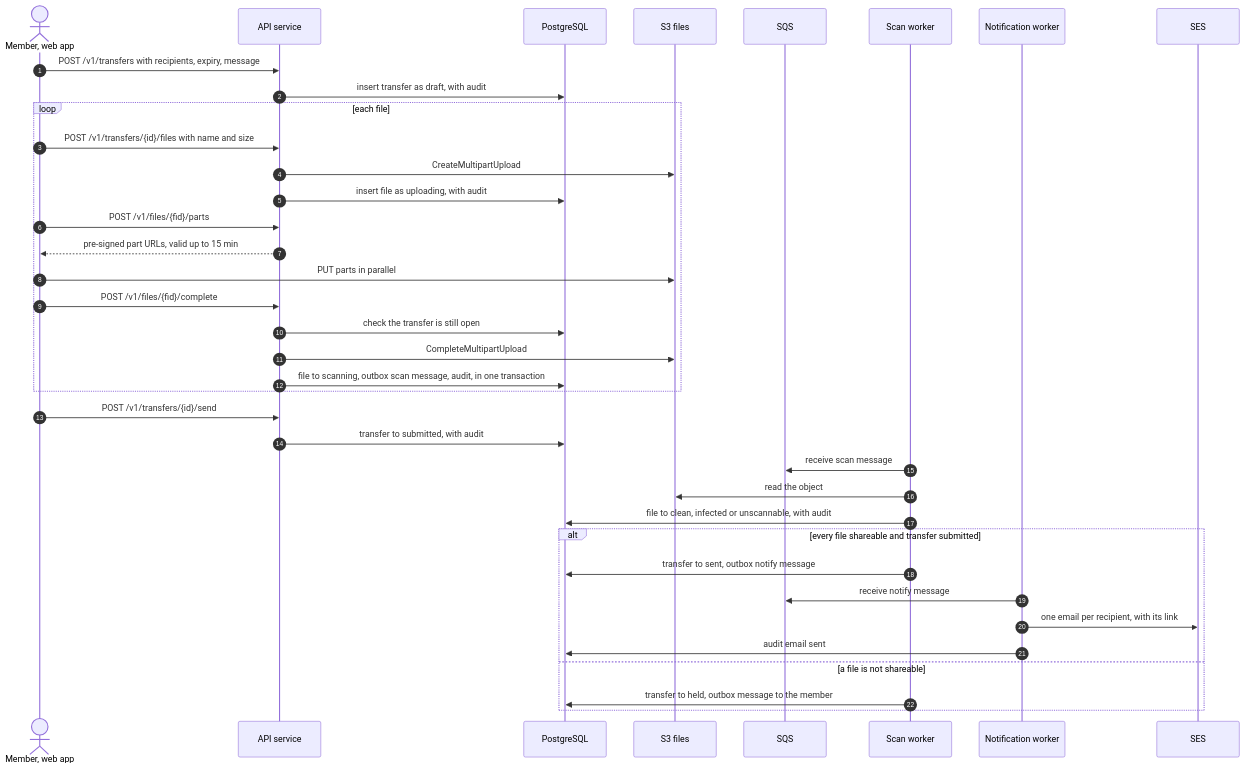
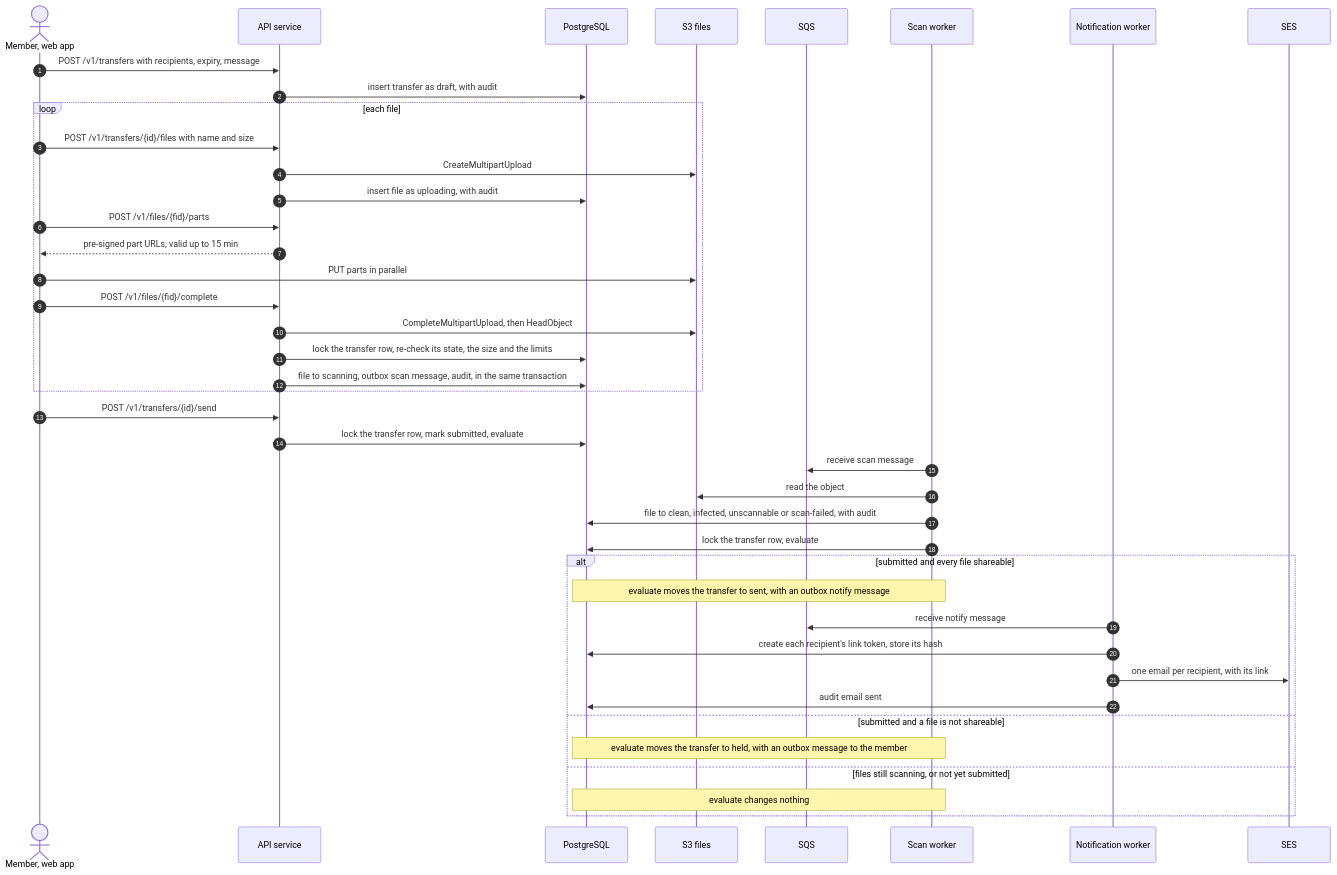
Before and after one commit to codewithmuh/secure-file-transfer: the fourth of 8 diagrams in docs/architecture.md, drawn with Mermaid. The commit also changed other lines of this file, not shown here.

First line of the commit message:
docs: address code review on the architecture (#12)

````diff
--- a/docs/architecture.md
+++ b/docs/architecture.md
@@ -165,39 +175,43 @@
 ```mermaid
 sequenceDiagram
     autonumber
     actor M as Member, web app
     participant API as API service
     participant DB as PostgreSQL
     participant S3 as S3 files
     participant Q as SQS
     participant SW as Scan worker
     participant NW as Notification worker
     participant E as SES
     M->>API: POST /v1/transfers with recipients, expiry, message
     API->>DB: insert transfer as draft, with audit
     loop each file
         M->>API: POST /v1/transfers/{id}/files with name and size
         API->>S3: CreateMultipartUpload
         API->>DB: insert file as uploading, with audit
         M->>API: POST /v1/files/{fid}/parts
         API-->>M: pre-signed part URLs, valid up to 15 min
         M->>S3: PUT parts in parallel
         M->>API: POST /v1/files/{fid}/complete
-        API->>DB: check the transfer is still open
-        API->>S3: CompleteMultipartUpload
-        API->>DB: file to scanning, outbox scan message, audit, in one transaction
+        API->>S3: CompleteMultipartUpload, then HeadObject
+        API->>DB: lock the transfer row, re-check its state, the size and the limits
+        API->>DB: file to scanning, outbox scan message, audit, in the same transaction
     end
     M->>API: POST /v1/transfers/{id}/send
-    API->>DB: transfer to submitted, with audit
+    API->>DB: lock the transfer row, mark submitted, evaluate
     SW->>Q: receive scan message
     SW->>S3: read the object
-    SW->>DB: file to clean, infected or unscannable, with audit
-    alt every file shareable and transfer submitted
-        SW->>DB: transfer to sent, outbox notify message
+    SW->>DB: file to clean, infected, unscannable or scan-failed, with audit
+    SW->>DB: lock the transfer row, evaluate
+    alt submitted and every file shareable
+        Note over SW,DB: evaluate moves the transfer to sent, with an outbox notify message
         NW->>Q: receive notify message
+        NW->>DB: create each recipient's link token, store its hash
         NW->>E: one email per recipient, with its link
         NW->>DB: audit email sent
-    else a file is not shareable
-        SW->>DB: transfer to held, outbox message to the member
+    else submitted and a file is not shareable
+        Note over SW,DB: evaluate moves the transfer to held, with an outbox message to the member
+    else files still scanning, or not yet submitted
+        Note over SW,DB: evaluate changes nothing
     end
 ```
````
